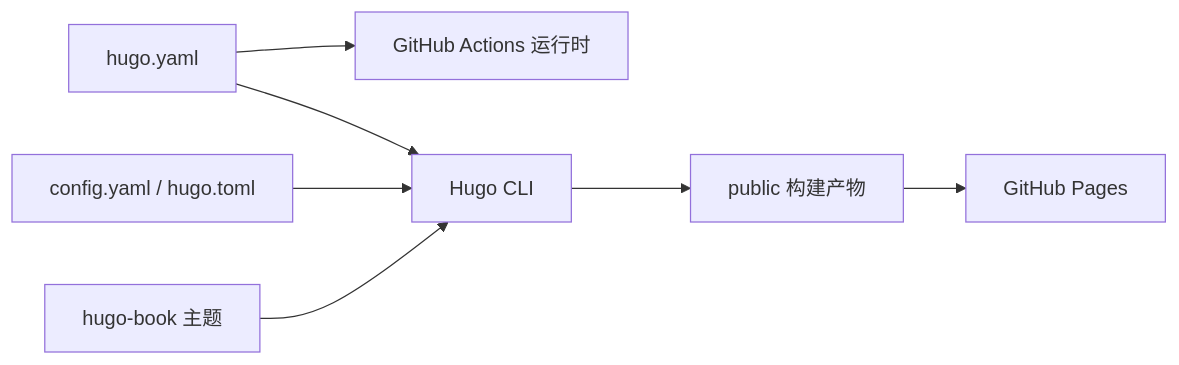
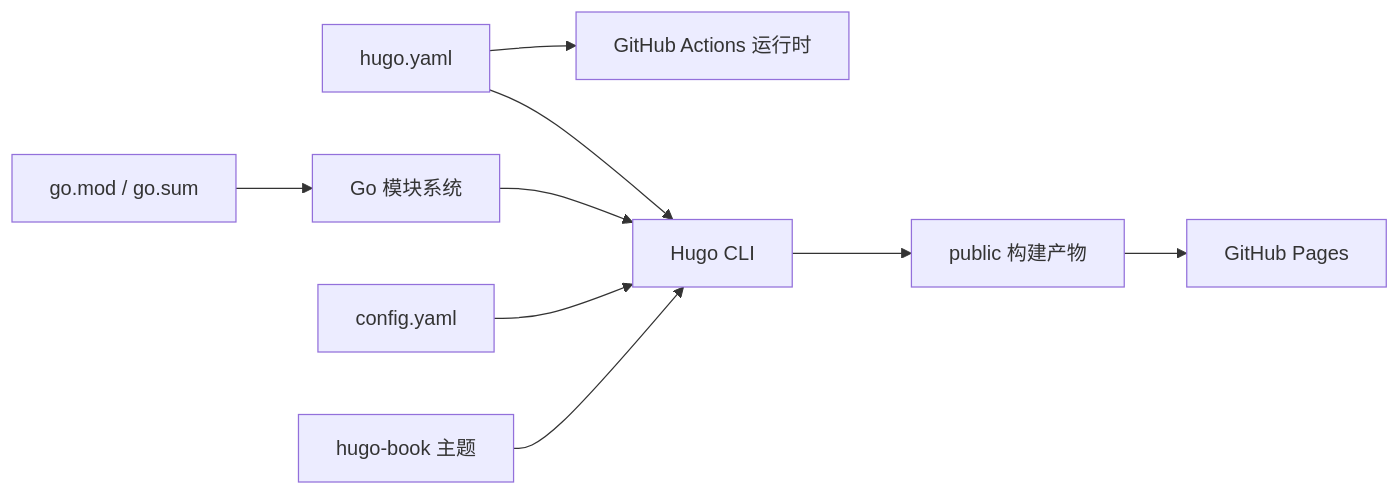
Before and after one commit to nianjiang/nianjiang.github.io: the fifth of 5 diagrams in .qoder/repowiki/zh/content/部署与维护/部署与维护.md, drawn with Mermaid. The commit also changed other lines of this file and 176 other files, not shown here.

````diff
--- a/.qoder/repowiki/zh/content/部署与维护/部署与维护.md
+++ b/.qoder/repowiki/zh/content/部署与维护/部署与维护.md
@@ -190,9 +238,11 @@
 ```mermaid
 graph LR
 WF["hugo.yaml"] --> RUN["GitHub Actions 运行时"]
 WF --> HUGO["Hugo CLI"]
-CFG["config.yaml / hugo.toml"] --> HUGO
+GO["go.mod / go.sum"] --> MOD["Go 模块系统"]
+MOD --> HUGO
+CFG["config.yaml"] --> HUGO
 THEME["hugo-book 主题"] --> HUGO
 HUGO --> PUB["public 构建产物"]
 PUB --> PAGES["GitHub Pages"]
 ```
````
